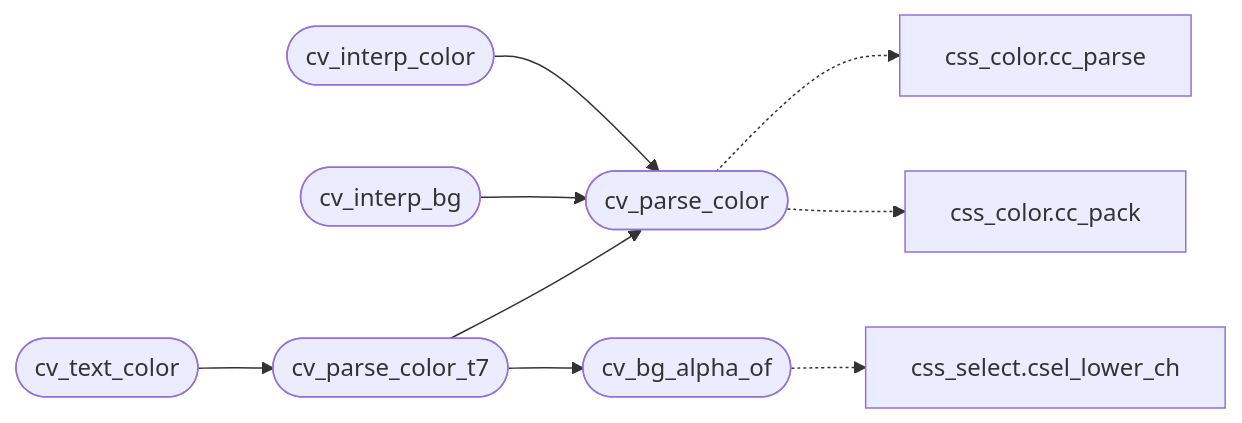
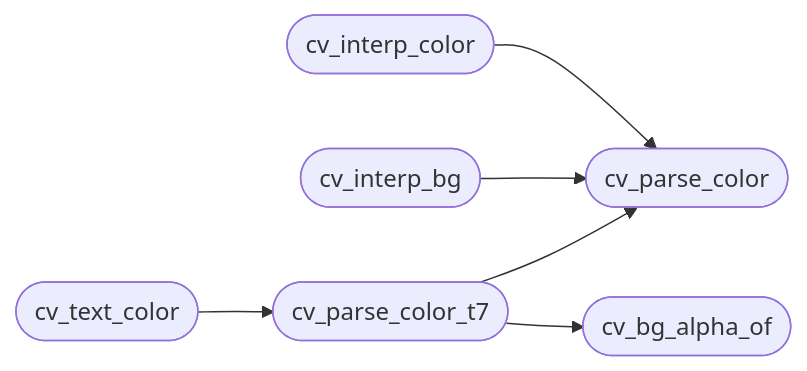
Before and after one commit to grisuno/FreeDom: the diagram in readmenator-apidocs/modules/src.css_values.c.md, drawn with Mermaid. The commit also changed other lines of this file and 423 other files, not shown here.

````diff
--- a/readmenator-apidocs/modules/src.css_values.c.md
+++ b/readmenator-apidocs/modules/src.css_values.c.md
@@ -13,20 +13,14 @@
 ```mermaid
 flowchart LR
     n_src_css_values_c__cv_interp_color(["cv_interp_color"])
     n_src_css_values_c__cv_parse_color(["cv_parse_color"])
     n_src_css_values_c__cv_interp_bg(["cv_interp_bg"])
     n_src_css_values_c__cv_parse_color_t7(["cv_parse_color_t7"])
     n_src_css_values_c__cv_bg_alpha_of(["cv_bg_alpha_of"])
     n_src_css_values_c__cv_text_color(["cv_text_color"])
-    n_include_css_color_h__cc_pack["css_color.cc_pack"]
-    n_src_css_color_c__cc_parse["css_color.cc_parse"]
-    n_include_css_select_h__csel_lower_ch["css_select.csel_lower_ch"]
     n_src_css_values_c__cv_interp_color --> n_src_css_values_c__cv_parse_color
     n_src_css_values_c__cv_interp_bg --> n_src_css_values_c__cv_parse_color
     n_src_css_values_c__cv_parse_color_t7 --> n_src_css_values_c__cv_bg_alpha_of
     n_src_css_values_c__cv_parse_color_t7 --> n_src_css_values_c__cv_parse_color
     n_src_css_values_c__cv_text_color --> n_src_css_values_c__cv_parse_color_t7
-    n_src_css_values_c__cv_parse_color -.-> n_include_css_color_h__cc_pack
-    n_src_css_values_c__cv_parse_color -.-> n_src_css_color_c__cc_parse
-    n_src_css_values_c__cv_bg_alpha_of -.-> n_include_css_select_h__csel_lower_ch
 ```
````
